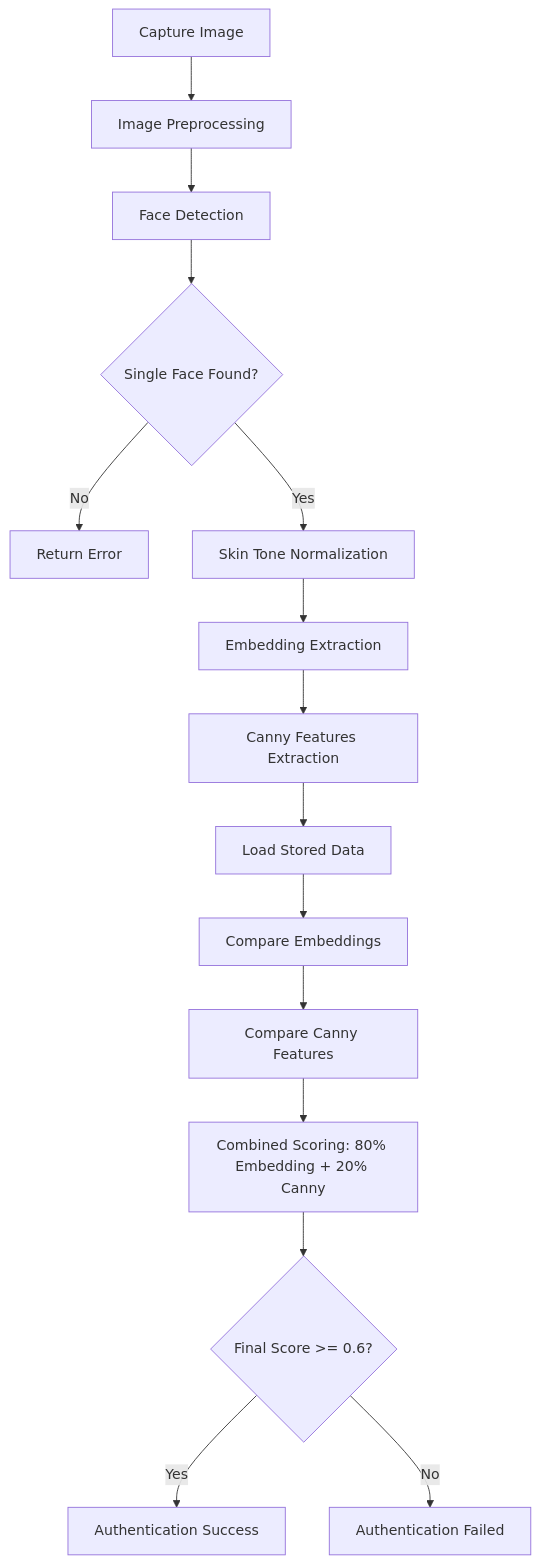
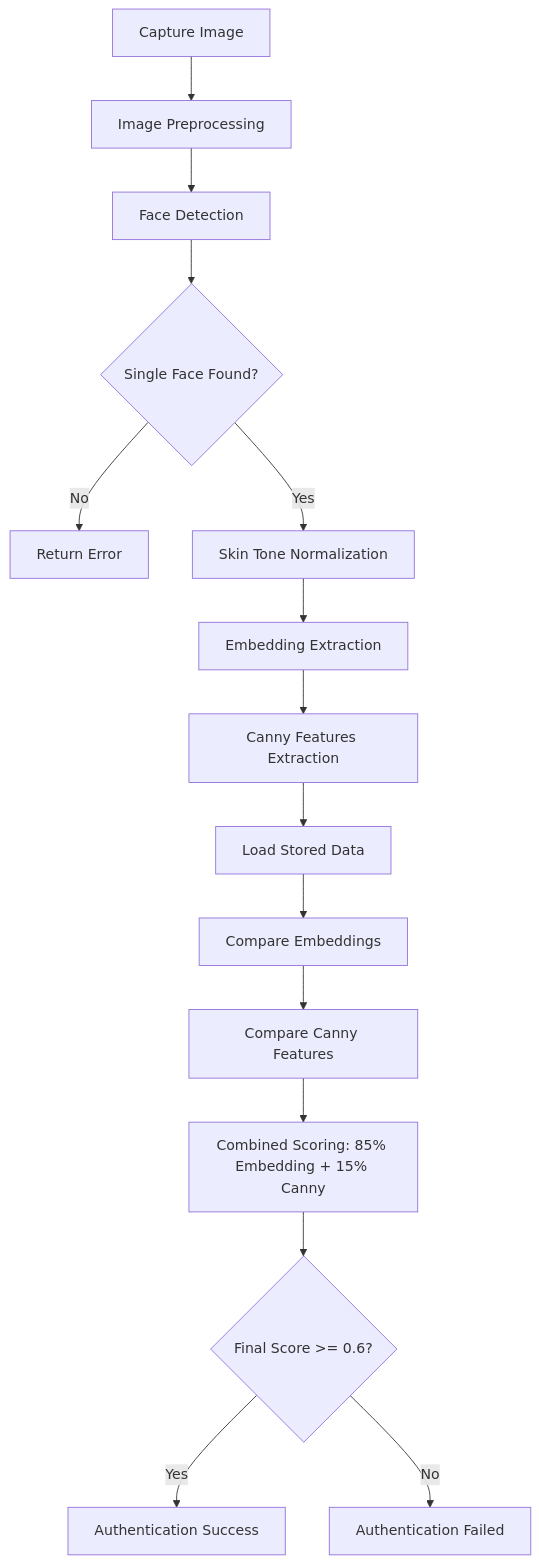
Before and after one commit to dinhnguyen888/attendance_system: the second of 2 diagrams in README.md, drawn with Mermaid. The commit also changed other lines of this file, not shown here.

````diff
--- a/README.md
+++ b/README.md
@@ -389,17 +389,17 @@
 ```mermaid
 graph TD
     A[Capture Image] --> B[Image Preprocessing]
     B --> C[Face Detection]
     C --> D{Single Face Found?}
     D -->|No| E[Return Error]
     D -->|Yes| F[Skin Tone Normalization]
     F --> G[Embedding Extraction]
     G --> H[Canny Features Extraction]
     H --> I[Load Stored Data]
     I --> J[Compare Embeddings]
     J --> K[Compare Canny Features]
-    K --> L[Combined Scoring: 80% Embedding + 20% Canny]
+    K --> L[Combined Scoring: 85% Embedding + 15% Canny]
     L --> M{Final Score >= 0.6?}
     M -->|Yes| N[Authentication Success]
     M -->|No| O[Authentication Failed]
 ```
````
